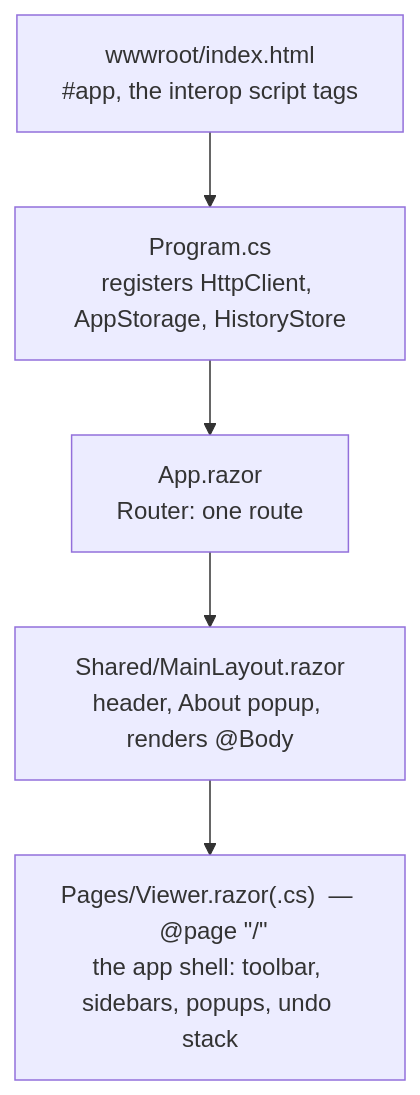
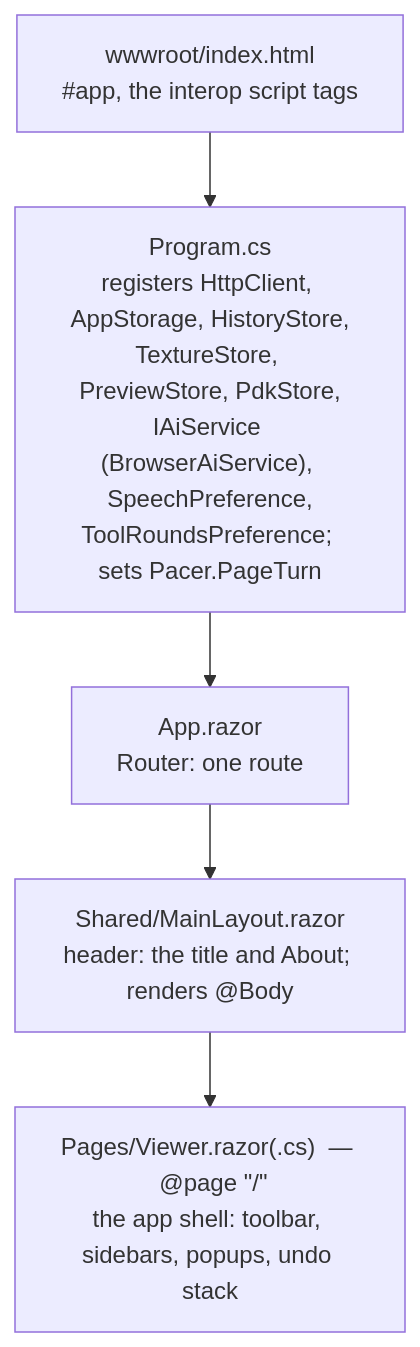
One commit to EECSB/GDSViewer changed the first of 4 diagrams in docs/ARCHITECTURE.md. Above: the diagram before and after it, drawn with Mermaid. The commit also changed other lines of this file and 750 other files, not shown here.

````diff
--- a/docs/ARCHITECTURE.md
+++ b/docs/ARCHITECTURE.md
@@ -12,7 +12,7 @@
 ```mermaid
 flowchart TD
-    index["wwwroot/index.html<br>#app, the interop script tags"] --> Program["Program.cs<br>registers HttpClient, AppStorage, HistoryStore"]
+    index["wwwroot/index.html<br>#app, the interop script tags"] --> Program["Program.cs<br>registers HttpClient, AppStorage, HistoryStore,<br>TextureStore, PreviewStore, PdkStore,<br>IAiService (BrowserAiService), SpeechPreference,<br>ToolRoundsPreference; sets Pacer.PageTurn"]
     Program --> App["App.razor<br>Router: one route"]
-    App --> Layout["Shared/MainLayout.razor<br>header, About popup, renders @Body"]
+    App --> Layout["Shared/MainLayout.razor<br>header: the title and About; renders @Body"]
     Layout --> Viewer["Pages/Viewer.razor(.cs)  —  @page &quot;/&quot;<br>the app shell: toolbar, sidebars, popups, undo stack"]
 ```
````
